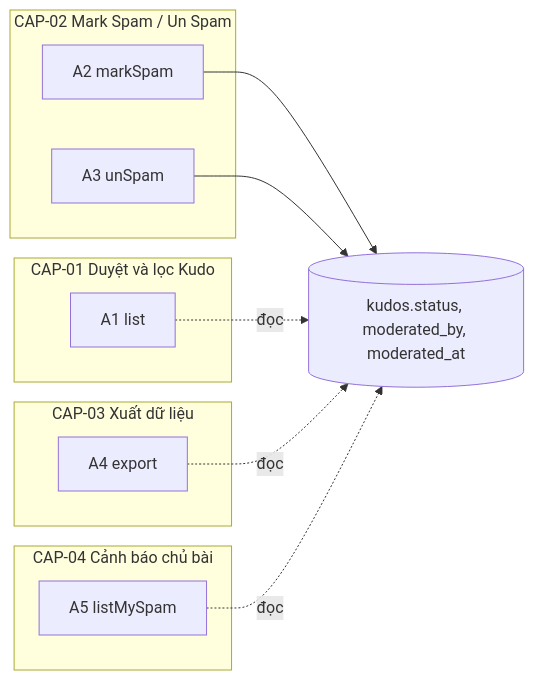
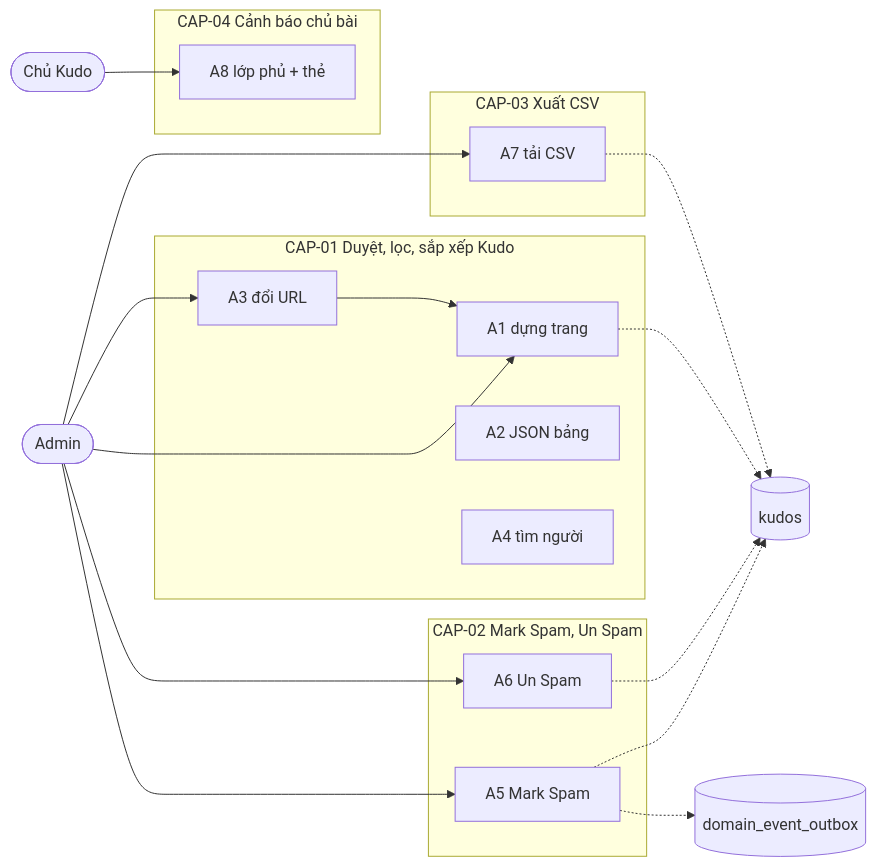
The first of 4 diagrams in docs/features/F007_AdminModeration/technical-spec.md (hailv-3571/agentic-coding-hands-on), drawn with Mermaid before and after one commit. The commit also changed other lines of this file and 250 other files, not shown here.

````diff
--- a/docs/features/F007_AdminModeration/technical-spec.md
+++ b/docs/features/F007_AdminModeration/technical-spec.md
@@ -23,21 +22,33 @@
 ```mermaid
 flowchart LR
-    subgraph CAP01["CAP-01 Duyệt và lọc Kudo"]
-        A1["A1 list"]
+    ADM(["Admin"])
+    OWN(["Chủ Kudo"])
+    subgraph CAP01["CAP-01 Duyệt, lọc, sắp xếp Kudo"]
+        A1["A1 dựng trang"]
+        A2["A2 JSON bảng"]
+        A3["A3 đổi URL"]
+        A4["A4 tìm người"]
     end
-    subgraph CAP02["CAP-02 Mark Spam / Un Spam"]
-        A2["A2 markSpam"]
-        A3["A3 unSpam"]
+    subgraph CAP02["CAP-02 Mark Spam, Un Spam"]
+        A5["A5 Mark Spam"]
+        A6["A6 Un Spam"]
     end
-    subgraph CAP03["CAP-03 Xuất dữ liệu"]
-        A4["A4 export"]
+    subgraph CAP03["CAP-03 Xuất CSV"]
+        A7["A7 tải CSV"]
     end
     subgraph CAP04["CAP-04 Cảnh báo chủ bài"]
-        A5["A5 listMySpam"]
+        A8["A8 lớp phủ + thẻ"]
     end
-    A2 --> T1[("kudos.status, moderated_by, moderated_at")]
-    A3 --> T1
-    A1 -.đọc.-> T1
-    A4 -.đọc.-> T1
-    A5 -.đọc.-> T1
+    ADM --> A1
+    ADM --> A3
+    A3 --> A1
+    ADM --> A5
+    ADM --> A6
+    ADM --> A7
+    OWN --> A8
+    A5 -.-> T1[("kudos")]
+    A5 -.-> T2[("domain_event_outbox")]
+    A6 -.-> T1
+    A1 -.-> T1
+    A7 -.-> T1
 ```
````
